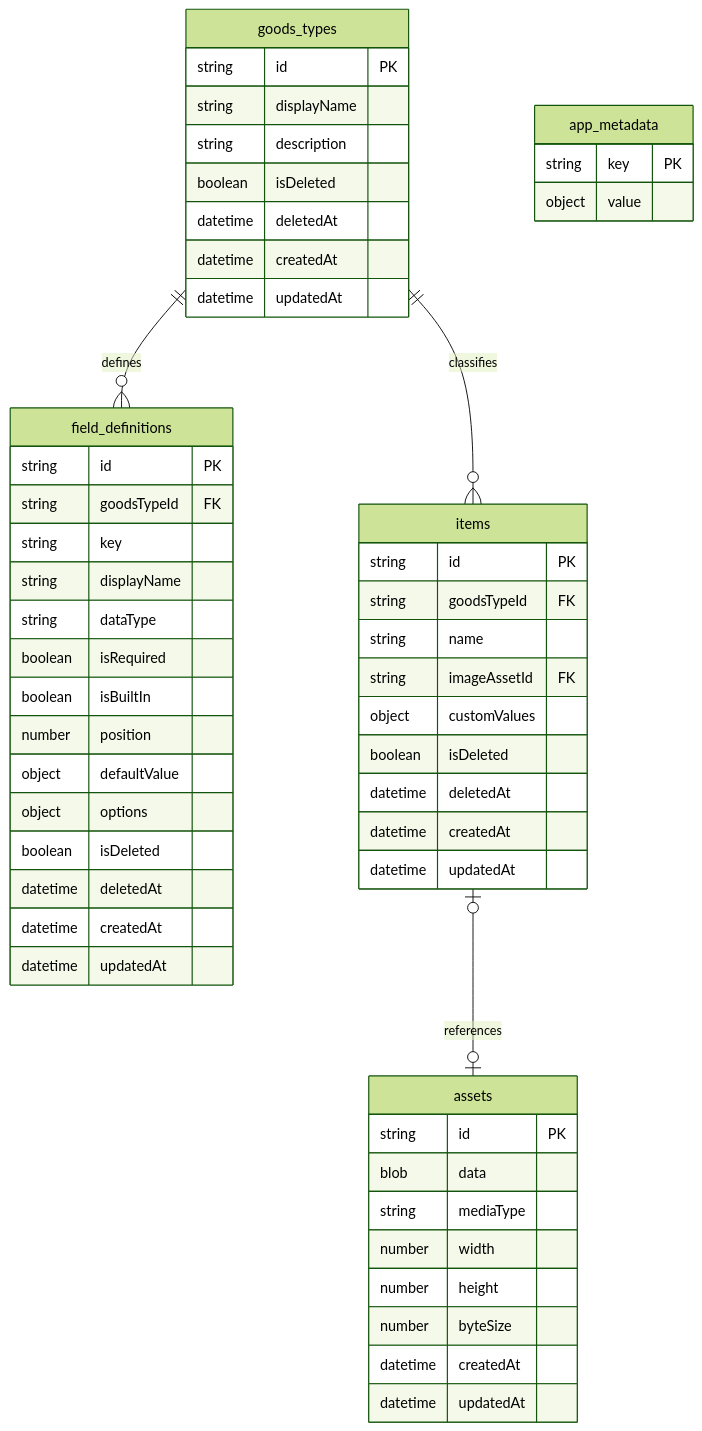
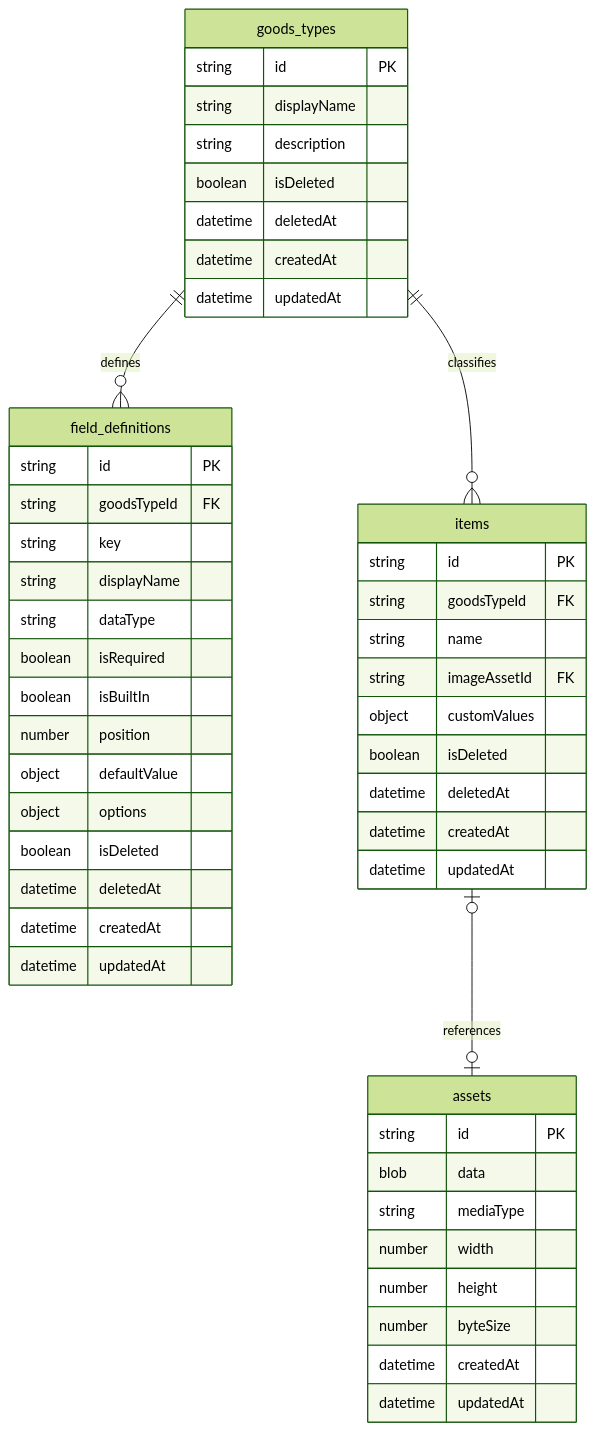
Before and after one commit to Uduru0522/wotagoods-manager: the diagram in docs/data-model.md, drawn with Mermaid (forest theme). The commit also changed other lines of this file and 9 other files, not shown here.

````diff
--- a/docs/data-model.md
+++ b/docs/data-model.md
@@ -46,61 +25,56 @@
 ```mermaid
 erDiagram
   goods_types ||--o{ field_definitions : defines
   goods_types ||--o{ items : classifies
   items o|--o| assets : references
 
   goods_types {
     string id PK
     string displayName
     string description
     boolean isDeleted
     datetime deletedAt
     datetime createdAt
     datetime updatedAt
   }
 
   field_definitions {
     string id PK
     string goodsTypeId FK
     string key
     string displayName
     string dataType
     boolean isRequired
     boolean isBuiltIn
     number position
     object defaultValue
     object options
     boolean isDeleted
     datetime deletedAt
     datetime createdAt
     datetime updatedAt
   }
 
   items {
     string id PK
     string goodsTypeId FK
     string name
     string imageAssetId FK
     object customValues
     boolean isDeleted
     datetime deletedAt
     datetime createdAt
     datetime updatedAt
   }
 
   assets {
     string id PK
     blob data
     string mediaType
     number width
     number height
     number byteSize
     datetime createdAt
     datetime updatedAt
   }
-
-  app_metadata {
-    string key PK
-    object value
-  }
 ```
````
